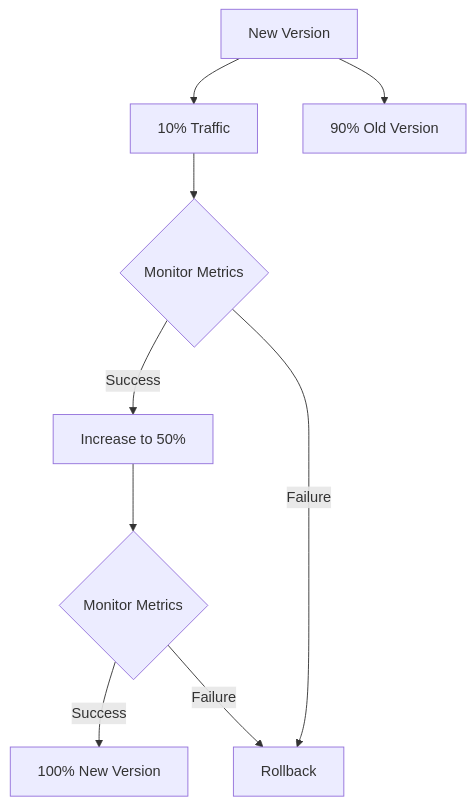
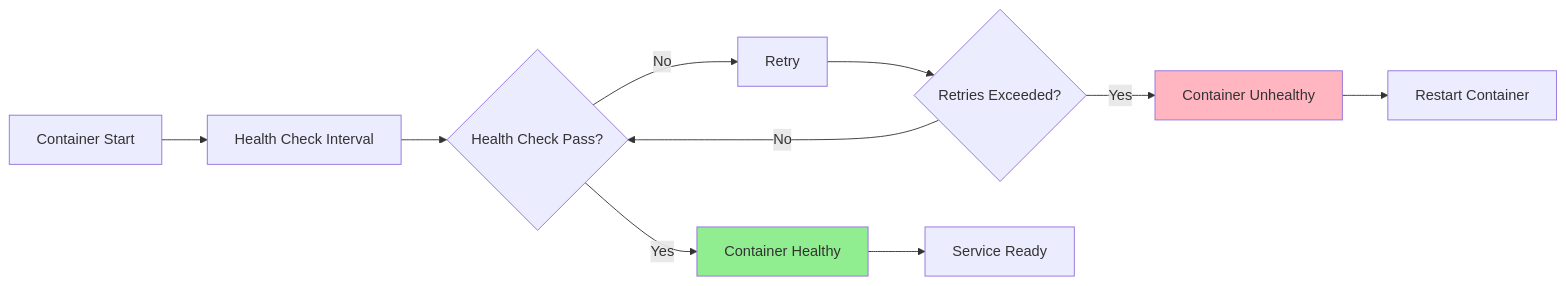
Before and after one commit to 4gh0rn/dev-blog: the ninth of 9 diagrams in docs/projects/conduit-container.md, drawn with Mermaid. The commit also changed other lines of this file and 17 other files, not shown here.

````diff
--- a/docs/projects/conduit-container.md
+++ b/docs/projects/conduit-container.md
@@ -193,11 +280,16 @@
 ```mermaid
-graph TB
-    A[New Version] --> B[10% Traffic]
-    A --> C[90% Old Version]
-    B --> D{Monitor Metrics}
-    D -->|Success| E[Increase to 50%]
-    E --> F{Monitor Metrics}
-    F -->|Success| G[100% New Version]
-    F -->|Failure| H[Rollback]
-    D -->|Failure| H
+graph LR
+    A[Container Start] --> B[Health Check Interval]
+    B --> C{Health Check Pass?}
+    C -->|Yes| D[Container Healthy]
+    C -->|No| E[Retry]
+    E --> F{Retries Exceeded?}
+    F -->|No| C
+    F -->|Yes| G[Container Unhealthy]
+    
+    D --> H[Service Ready]
+    G --> I[Restart Container]
+    
+    style D fill:#90EE90
+    style G fill:#FFB6C1
 ```
````
